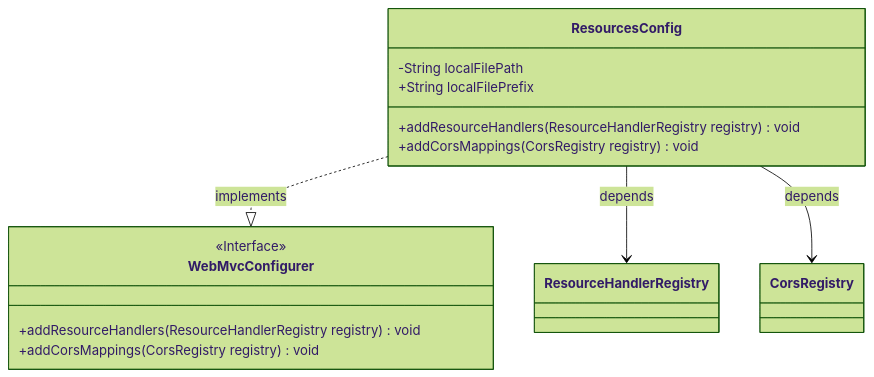
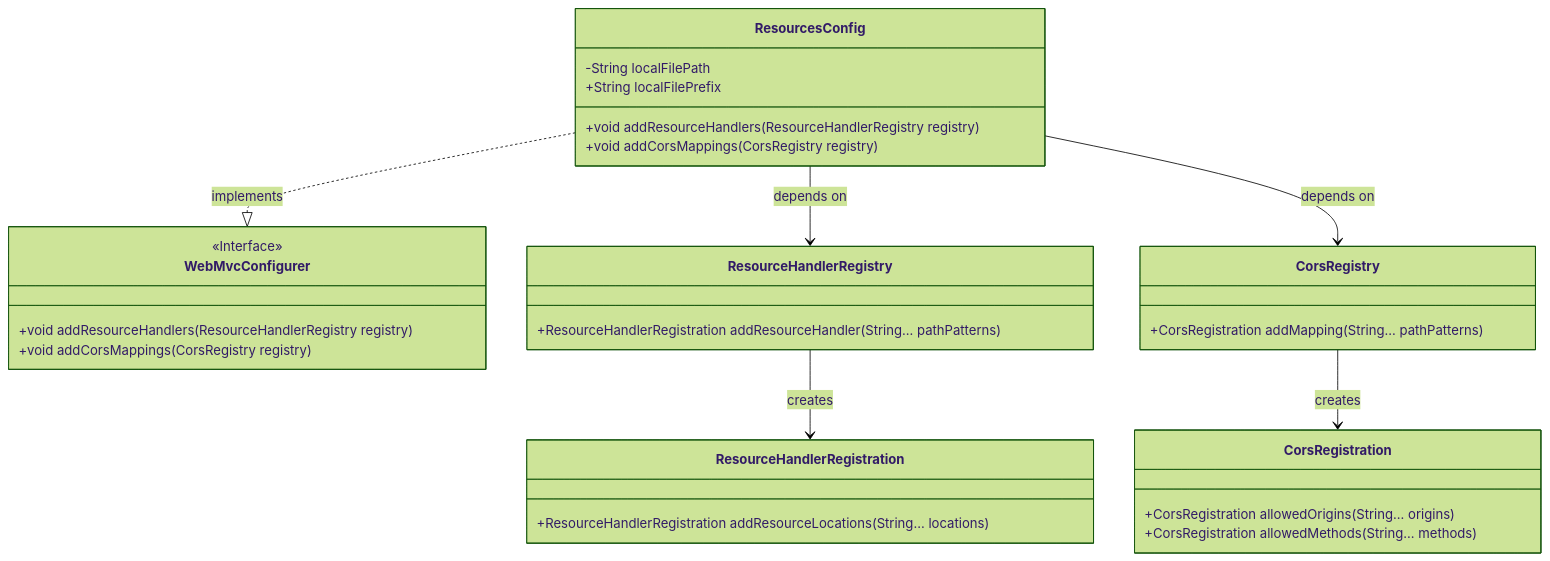
One commit to v-wjrong/imrrong_weixin-java-miniapp-demo changed the first of 2 diagrams in docs/en/docs/src/main/java/com/github/binarywang/demo/wx/miniapp/config/ResourcesConfig.md. Above: the diagram before and after it, drawn with Mermaid (forest theme). The commit also changed other lines of this file and 51 other files, not shown here.

````diff
--- a/docs/en/docs/src/main/java/com/github/binarywang/demo/wx/miniapp/config/ResourcesConfig.md
+++ b/docs/en/docs/src/main/java/com/github/binarywang/demo/wx/miniapp/config/ResourcesConfig.md
@@ -36,19 +36,38 @@
 ```mermaid
 classDiagram
     class ResourcesConfig {
         -String localFilePath
         +String localFilePrefix
-        +addResourceHandlers(ResourceHandlerRegistry registry) void
-        +addCorsMappings(CorsRegistry registry) void
+        +void addResourceHandlers(ResourceHandlerRegistry registry)
+        +void addCorsMappings(CorsRegistry registry)
     }
 
     class WebMvcConfigurer {
         <<Interface>>
-        +addResourceHandlers(ResourceHandlerRegistry registry) void
-        +addCorsMappings(CorsRegistry registry) void
+        +void addResourceHandlers(ResourceHandlerRegistry registry)
+        +void addCorsMappings(CorsRegistry registry)
+    }
+
+    class ResourceHandlerRegistry {
+        +ResourceHandlerRegistration addResourceHandler(String... pathPatterns)
+    }
+
+    class CorsRegistry {
+        +CorsRegistration addMapping(String... pathPatterns)
+    }
+
+    class ResourceHandlerRegistration {
+        +ResourceHandlerRegistration addResourceLocations(String... locations)
+    }
+
+    class CorsRegistration {
+        +CorsRegistration allowedOrigins(String... origins)
+        +CorsRegistration allowedMethods(String... methods)
     }
 
     ResourcesConfig ..|> WebMvcConfigurer : implements
-    ResourcesConfig --> ResourceHandlerRegistry : depends
-    ResourcesConfig --> CorsRegistry : depends
+    ResourcesConfig --> ResourceHandlerRegistry : depends on
+    ResourcesConfig --> CorsRegistry : depends on
+    ResourceHandlerRegistry --> ResourceHandlerRegistration : creates
+    CorsRegistry --> CorsRegistration : creates
 ```
````
